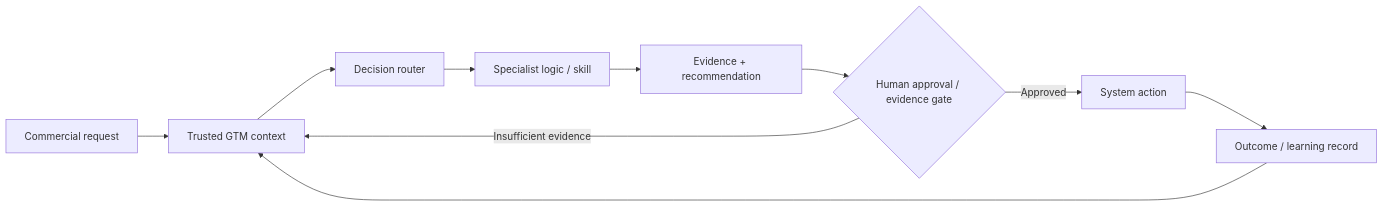
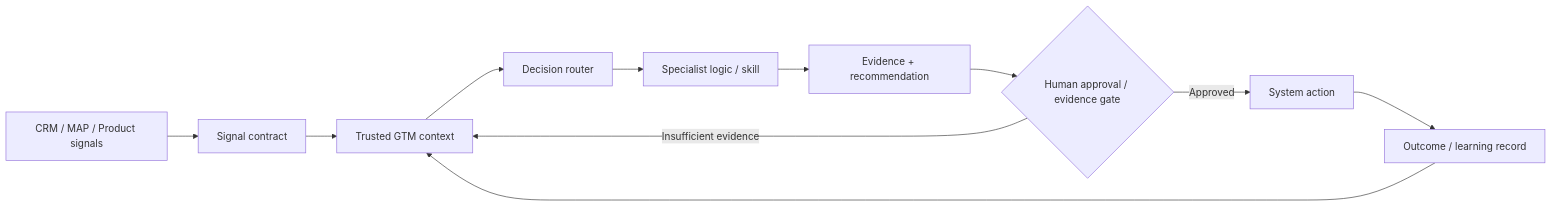
One commit to christopher-swarup-labs/portfolio-index changed the diagram in README.md. Above: the diagram before and after it, drawn with Mermaid. The commit also changed other lines of this file, not shown here.

Commit message:
Surface GTM engineering and signal architecture proof

````diff
--- a/README.md
+++ b/README.md
@@ -63,12 +63,13 @@
 ```mermaid
 flowchart LR
-    A[Commercial request] --> B[Trusted GTM context]
-    B --> C[Decision router]
-    C --> D[Specialist logic / skill]
-    D --> E[Evidence + recommendation]
-    E --> F{Human approval / evidence gate}
-    F -->|Approved| G[System action]
-    F -->|Insufficient evidence| B
-    G --> H[Outcome / learning record]
-    H --> B
+    A[CRM / MAP / Product signals] --> B[Signal contract]
+    B --> C[Trusted GTM context]
+    C --> D[Decision router]
+    D --> E[Specialist logic / skill]
+    E --> F[Evidence + recommendation]
+    F --> G{Human approval / evidence gate}
+    G -->|Approved| H[System action]
+    G -->|Insufficient evidence| C
+    H --> I[Outcome / learning record]
+    I --> C
 ```
````
